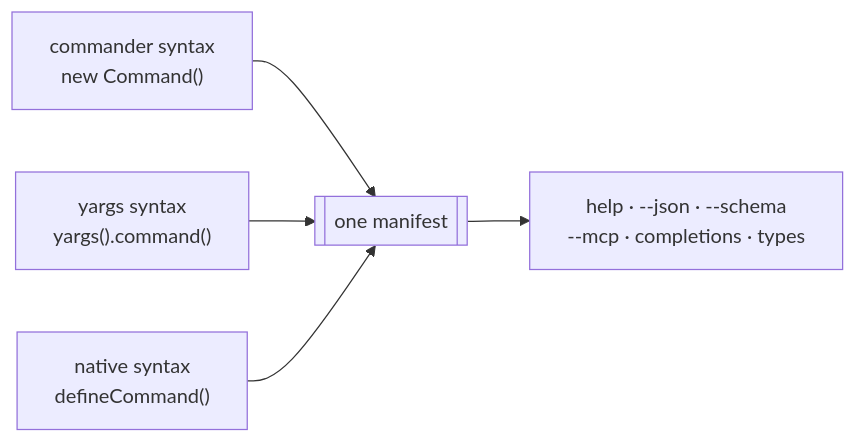
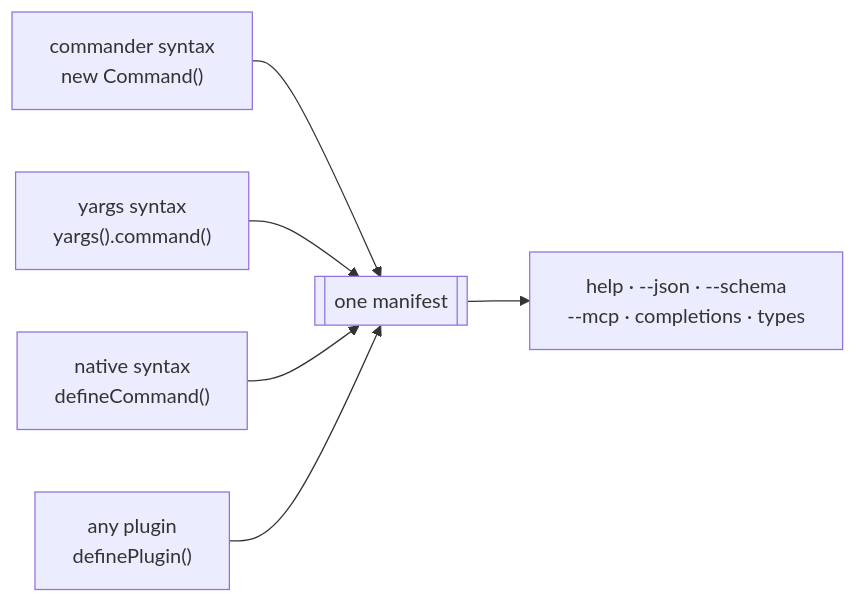
Before and after one commit to ofri-peretz/burgee: the sixth of 10 diagrams in docs/research/architecture.md, drawn with Mermaid. The commit also changed other lines of this file and 1 other file, not shown here.

First line of the commit message:
docs(workspace): J7 — one plugin works on every rung of the ladder

````diff
--- a/docs/research/architecture.md
+++ b/docs/research/architecture.md
@@ -150,7 +150,8 @@
 ```mermaid
 flowchart LR
   A["commander syntax<br/>new Command()"] --> M[["one manifest"]]
   B["yargs syntax<br/>yargs().command()"] --> M
   C["native syntax<br/>defineCommand()"] --> M
+  P["any plugin<br/>definePlugin()"] --> M
   M --> S["help · --json · --schema<br/>--mcp · completions · types"]
 ```
````
